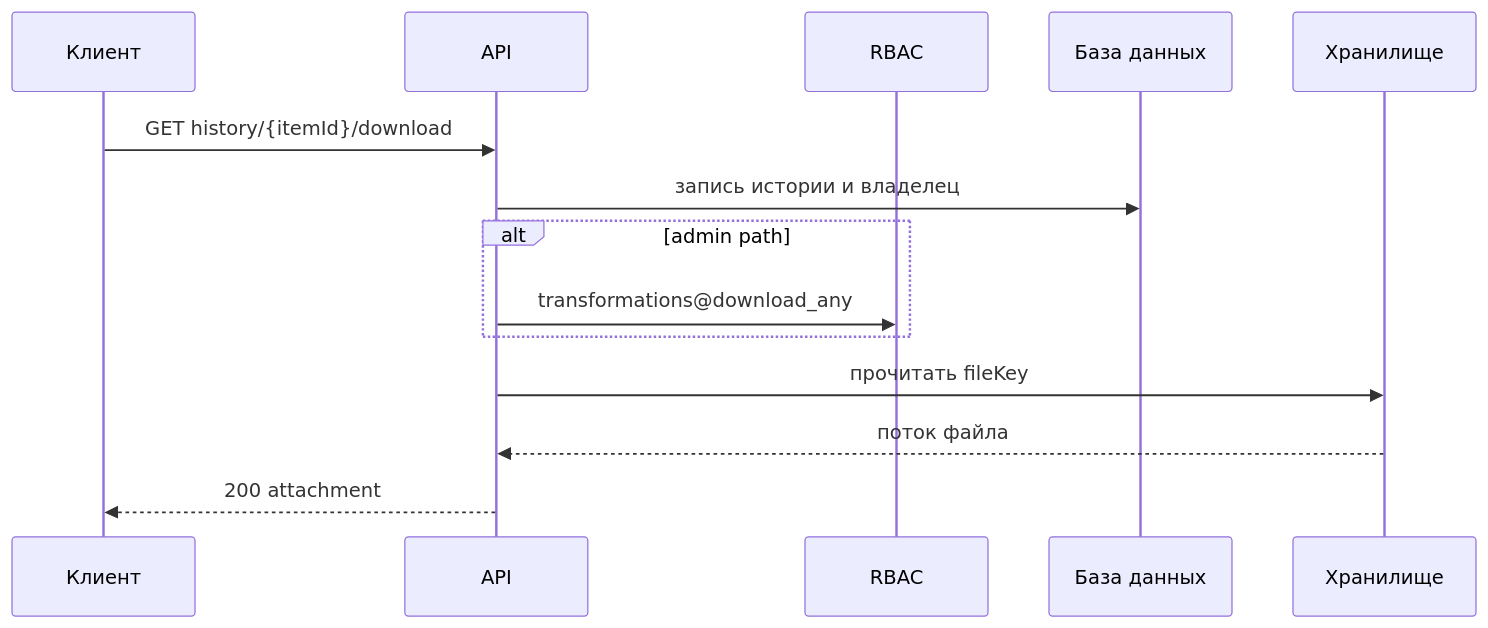
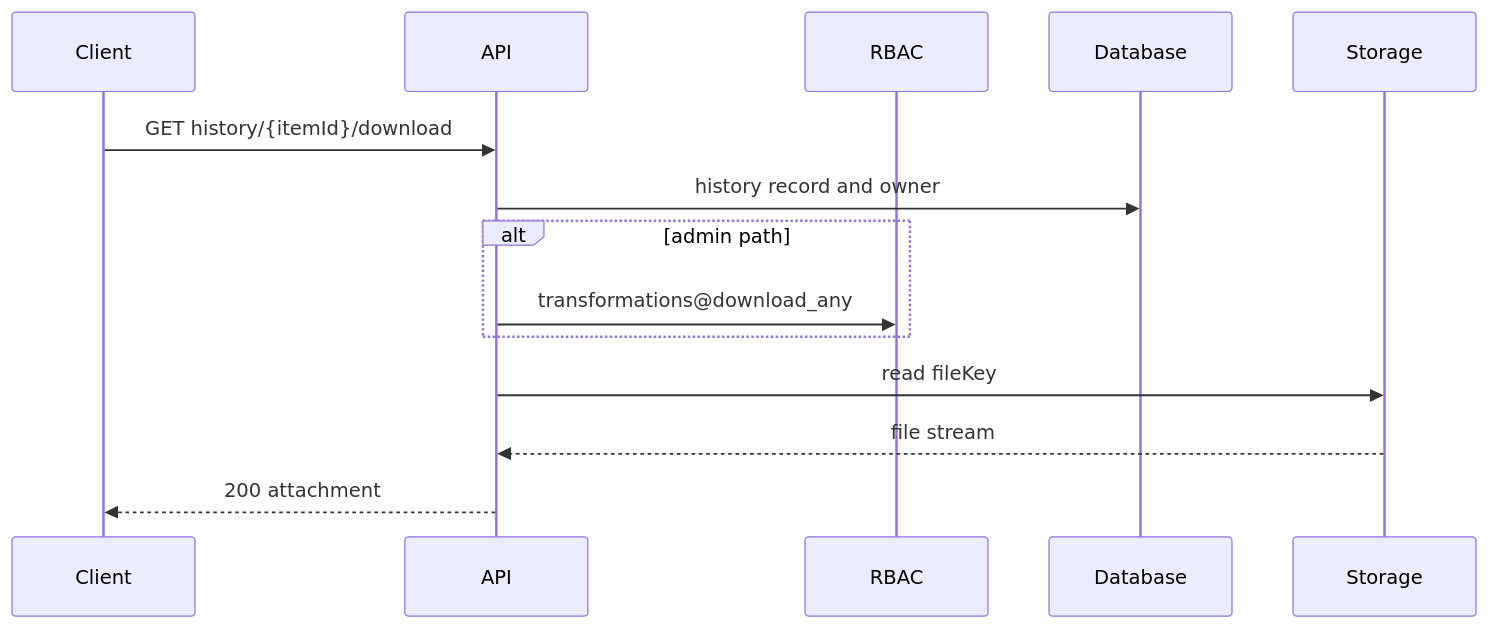
The second of 2 diagrams in courses-content/backend/A/1/en/5.2.4 Сохранение результатов трансформаций в хранилище.md (pavel-skripko-innowise/inno-fe-be-a1), drawn with Mermaid before and after one commit. The commit also changed other lines of this file and 35 other files, not shown here.

````diff
--- a/courses-content/backend/A/1/en/5.2.4 Сохранение результатов трансформаций в хранилище.md
+++ b/courses-content/backend/A/1/en/5.2.4 Сохранение результатов трансформаций в хранилище.md
@@ -56,16 +56,16 @@
 ```mermaid
 sequenceDiagram
-  participant C as Клиент
+  participant C as Client
   participant A as API
   participant R as RBAC
-  participant D as База данных
-  participant S as Хранилище
+  participant D as Database
+  participant S as Storage
   C->>A: GET history/{itemId}/download
-  A->>D: запись истории и владелец
+  A->>D: history record and owner
   alt admin path
     A->>R: transformations@download_any
   end
-  A->>S: прочитать fileKey
-  S-->>A: поток файла
+  A->>S: read fileKey
+  S-->>A: file stream
   A-->>C: 200 attachment
 ```
````
